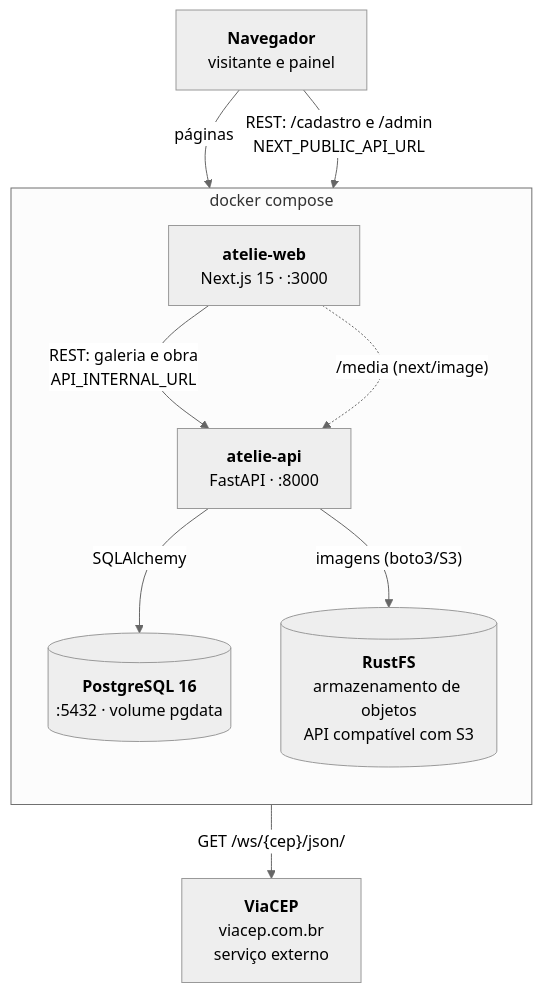
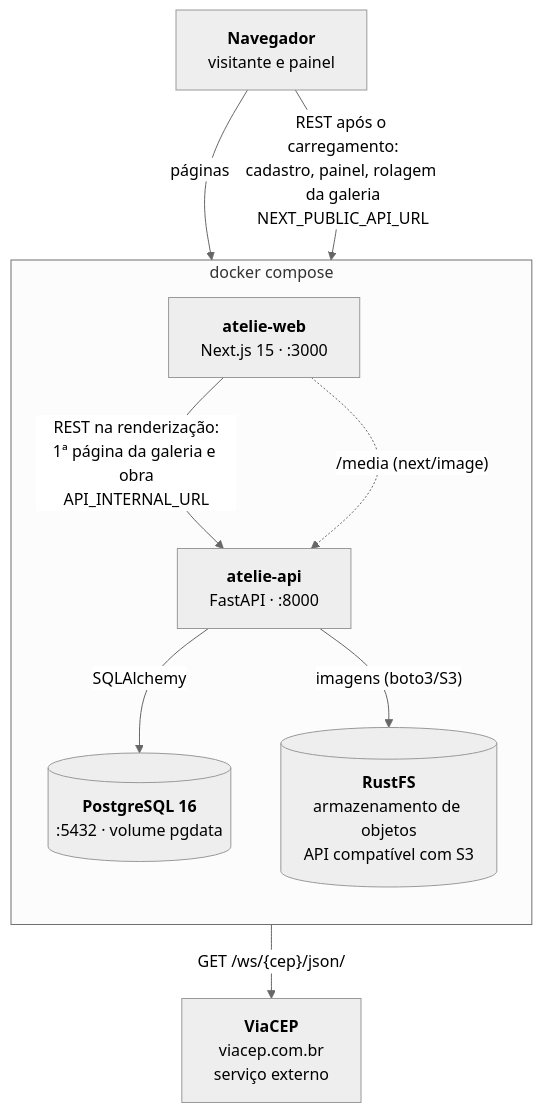
The diagram in docs/arquitetura.mmd (ttozatto/atelie-web), drawn with Mermaid before and after one commit. The commit also changed 2 other files, not shown here.

Commit message:
chore: diagrama e README refletem os dois caminhos da galeria
Os rotulos eram anteriores a rolagem infinita: a galeria agora usa a
seta do servidor (1a pagina) e a do navegador (paginas seguintes). O
README passa a explicar que o diagrama mostra quem abre a conexao HTTP
e como confirmar isso pelo IP no log da API.

```diff
--- a/docs/arquitetura.mmd
+++ b/docs/arquitetura.mmd
@@ -1,21 +1,21 @@
 %%{init: {"theme": "neutral", "flowchart": {"curve": "basis", "padding": 16}}}%%
 flowchart TB
     browser["<b>Navegador</b><br/>visitante e painel"]
 
     subgraph compose["docker compose"]
         direction TB
         web["<b>atelie-web</b><br/>Next.js 15 · :3000"]
         api["<b>atelie-api</b><br/>FastAPI · :8000"]
         db[("<b>PostgreSQL 16</b><br/>:5432 · volume pgdata")]
         storage[("<b>RustFS</b><br/>armazenamento de objetos<br/>API compatível com S3")]
     end
 
     viacep["<b>ViaCEP</b><br/>viacep.com.br<br/>serviço externo"]
 
     browser -- "páginas" --> web
-    browser -- "REST: /cadastro e /admin<br/>NEXT_PUBLIC_API_URL" --> api
-    web -- "REST: galeria e obra<br/>API_INTERNAL_URL" --> api
+    browser -- "REST após o carregamento:<br/>cadastro, painel, rolagem da galeria<br/>NEXT_PUBLIC_API_URL" --> api
+    web -- "REST na renderização:<br/>1ª página da galeria e obra<br/>API_INTERNAL_URL" --> api
     web -. "/media (next/image)" .-> api
     api -- "SQLAlchemy" --> db
     api -- "imagens (boto3/S3)" --> storage
     api -- "GET /ws/{cep}/json/" --> viacep
```
